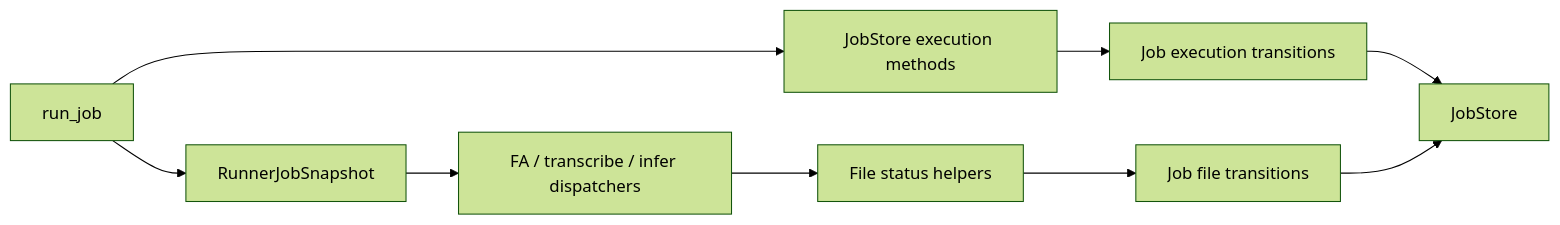
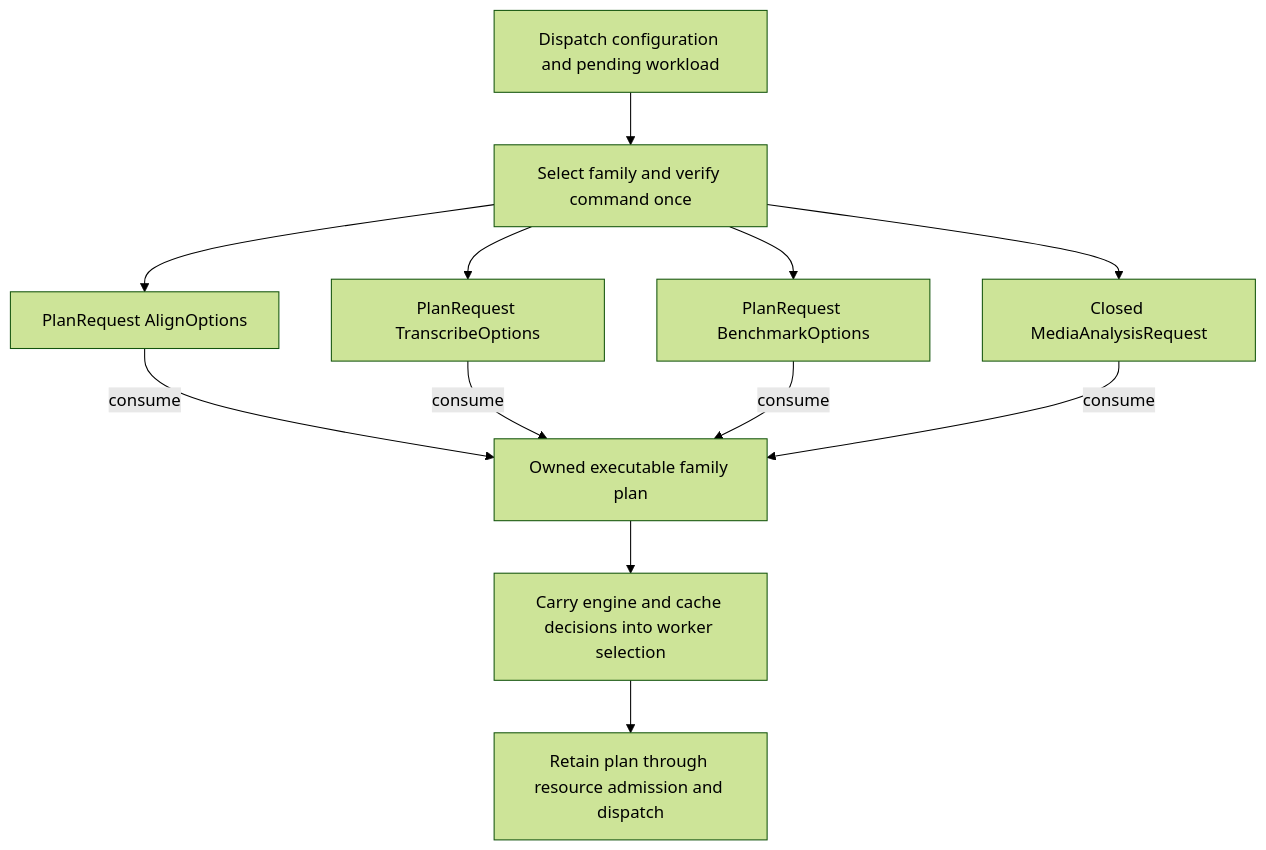
The eighth of 15 diagrams in book/src/batchalign/architecture/server-architecture.md (FranklinChen/talkbank-tools), drawn with Mermaid (forest theme) before and after one commit. The commit also changed other lines of this file and 204 other files, not shown here.

First line of the commit message:
Bind BA3 preparation, worker execution and output to their owners

````diff
--- a/book/src/batchalign/architecture/server-architecture.md
+++ b/book/src/batchalign/architecture/server-architecture.md
@@ -299,11 +380,14 @@
 ```mermaid
-flowchart LR
-    runner["run_job"] --> snapshot["RunnerJobSnapshot"]
-    runner --> mutations["JobStore execution methods"]
-    mutations --> jobexec["Job execution transitions"]
-    snapshot --> dispatch["FA / transcribe / infer dispatchers"]
-    dispatch --> fileops["File status helpers"]
-    fileops --> job["Job file transitions"]
-    jobexec --> store["JobStore"]
-    job --> store
+flowchart TD
+    source["Dispatch configuration and pending workload"] --> admit["Select family and verify command once"]
+    admit --> align["PlanRequest AlignOptions"]
+    admit --> transcribe["PlanRequest TranscribeOptions"]
+    admit --> benchmark["PlanRequest BenchmarkOptions"]
+    admit --> media["Closed MediaAnalysisRequest"]
+    align -->|"consume"| plans["Owned executable family plan"]
+    transcribe -->|"consume"| plans
+    benchmark -->|"consume"| plans
+    media -->|"consume"| plans
+    plans --> engines["Carry engine and cache decisions into worker selection"]
+    engines --> resources["Retain plan through resource admission and dispatch"]
 ```
````
